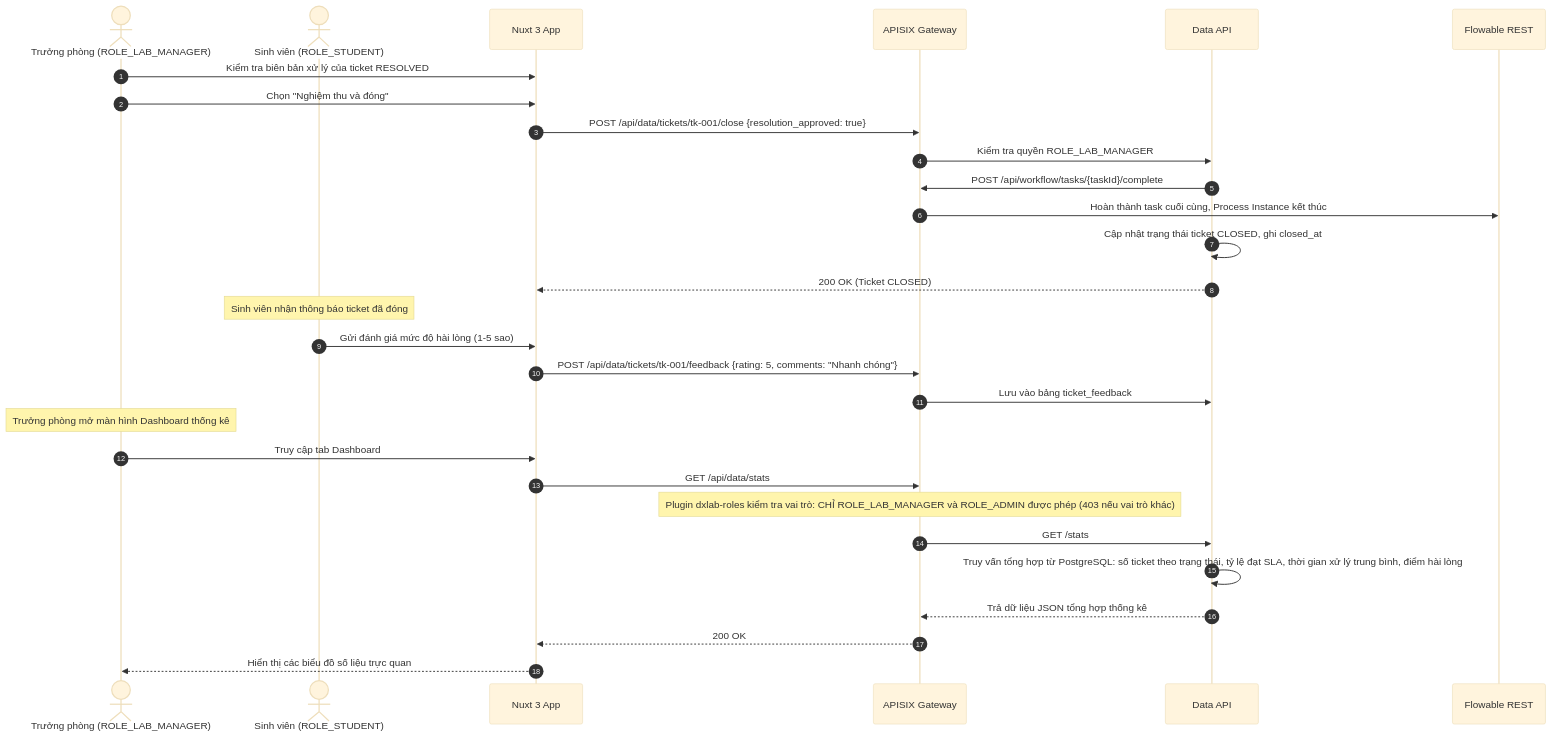
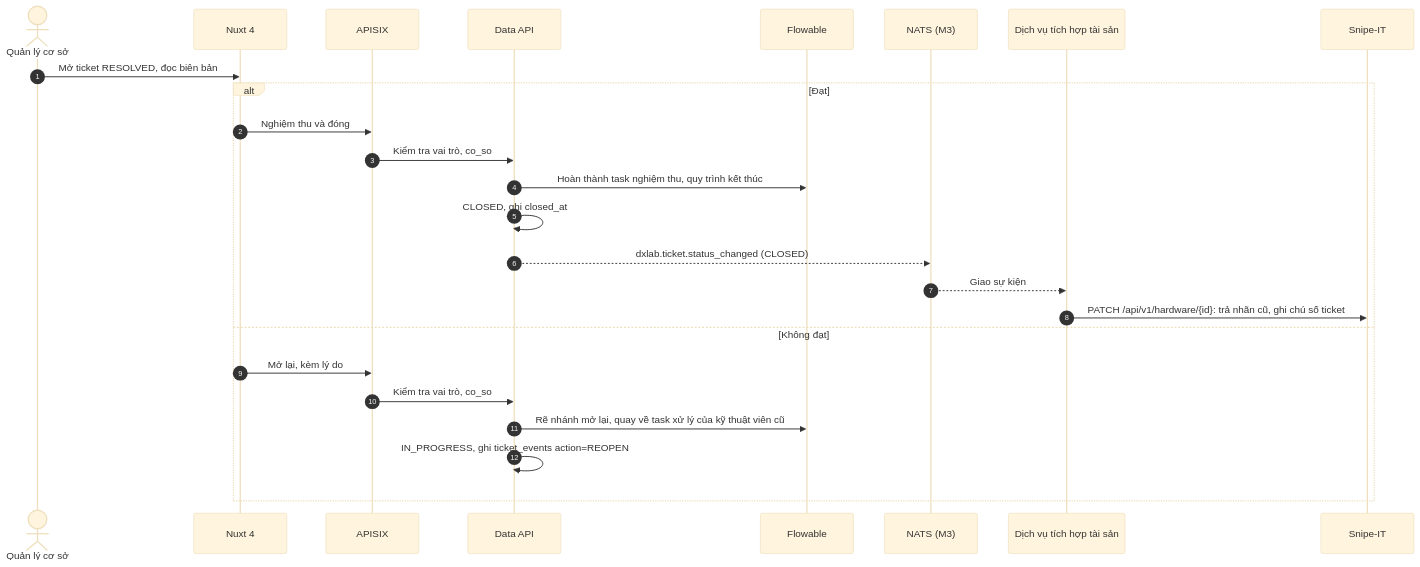
The fifth of 6 diagrams in docs/architecture.md (HaUI-Libre/dx-lab), drawn with Mermaid (base theme) before and after one commit. The commit also changed other lines of this file and 10 other files, not shown here.

First line of the commit message:
docs: kiến trúc tích hợp hệ thống tài sản và bảng 7 lớp (#68)

````diff
--- a/docs/architecture.md
+++ b/docs/architecture.md
@@ -279,34 +352,28 @@
 ```mermaid
 sequenceDiagram
     autonumber
-    actor Manager as Trưởng phòng (ROLE_LAB_MANAGER)
-    actor Student as Sinh viên (ROLE_STUDENT)
-    participant UI as Nuxt 3 App
-    participant GW as APISIX Gateway
+    actor Mgr as Quản lý cơ sở
+    participant UI as Nuxt 4
+    participant GW as APISIX
     participant Data as Data API
-    participant FL as Flowable REST
+    participant FL as Flowable
+    participant NATS as NATS (M3)
+    participant AS as Dịch vụ tích hợp tài sản
+    participant SN as Snipe-IT
 
-    Manager->>UI: Kiểm tra biên bản xử lý của ticket RESOLVED
-    Manager->>UI: Chọn "Nghiệm thu và đóng"
-    UI->>GW: POST /api/data/tickets/tk-001/close {resolution_approved: true}
-    GW->>Data: Kiểm tra quyền ROLE_LAB_MANAGER
-    Data->>GW: POST /api/workflow/tasks/{taskId}/complete
-    GW->>FL: Hoàn thành task cuối cùng, Process Instance kết thúc
-    Data->>Data: Cập nhật trạng thái ticket CLOSED, ghi closed_at
-    Data-->>UI: 200 OK (Ticket CLOSED)
-
-    Note over Student: Sinh viên nhận thông báo ticket đã đóng
-    Student->>UI: Gửi đánh giá mức độ hài lòng (1-5 sao)
-    UI->>GW: POST /api/data/tickets/tk-001/feedback {rating: 5, comments: "Nhanh chóng"}
-    GW->>Data: Lưu vào bảng ticket_feedback
-
-    Note over Manager: Trưởng phòng mở màn hình Dashboard thống kê
-    Manager->>UI: Truy cập tab Dashboard
-    UI->>GW: GET /api/data/stats
-    Note over GW: Plugin dxlab-roles kiểm tra vai trò: CHỈ ROLE_LAB_MANAGER và ROLE_ADMIN được phép (403 nếu vai trò khác)
-    GW->>Data: GET /stats
-    Data->>Data: Truy vấn tổng hợp từ PostgreSQL: số ticket theo trạng thái, tỷ lệ đạt SLA, thời gian xử lý trung bình, điểm hài lòng
-    Data-->>GW: Trả dữ liệu JSON tổng hợp thống kê
-    GW-->>UI: 200 OK
-    UI-->>Manager: Hiển thị các biểu đồ số liệu trực quan
+    Mgr->>UI: Mở ticket RESOLVED, đọc biên bản
+    alt Đạt
+        UI->>GW: Nghiệm thu và đóng
+        GW->>Data: Kiểm tra vai trò, co_so
+        Data->>FL: Hoàn thành task nghiệm thu, quy trình kết thúc
+        Data->>Data: CLOSED, ghi closed_at
+        Data-->>NATS: dxlab.ticket.status_changed (CLOSED)
+        NATS-->>AS: Giao sự kiện
+        AS->>SN: PATCH /api/v1/hardware/{id}: trả nhãn cũ, ghi chú số ticket
+    else Không đạt
+        UI->>GW: Mở lại, kèm lý do
+        GW->>Data: Kiểm tra vai trò, co_so
+        Data->>FL: Rẽ nhánh mở lại, quay về task xử lý của kỹ thuật viên cũ
+        Data->>Data: IN_PROGRESS, ghi ticket_events action=REOPEN
+    end
 ```
````
